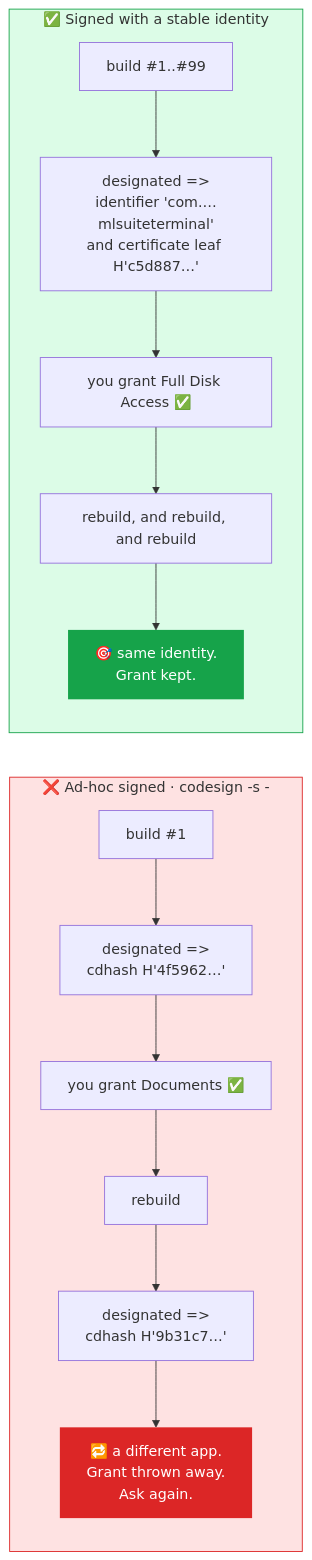
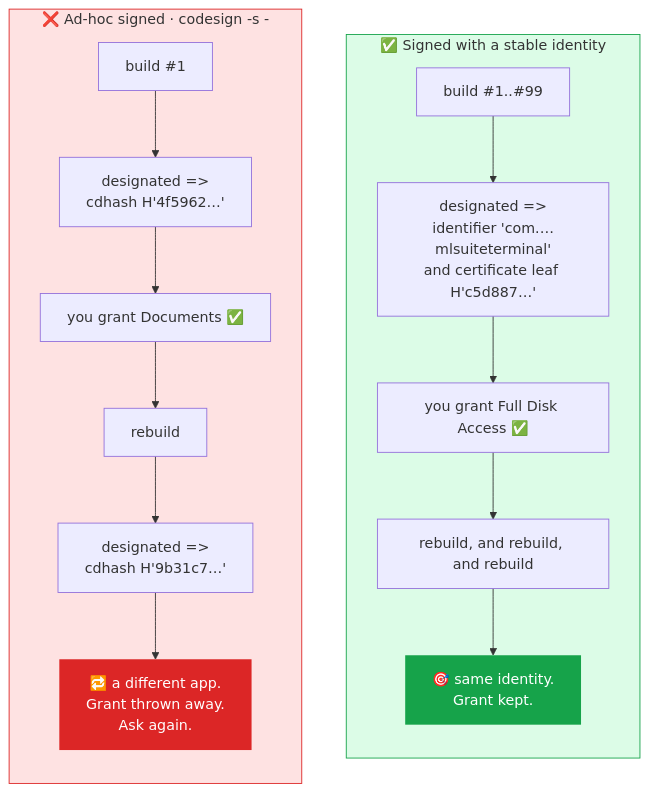
Before and after one commit to Sivertsen0007/Mattdaemon: the eighth of 10 diagrams in README.md, drawn with Mermaid.

Commit message:
docs: fix the signing diagram's layout, and verify all ten by rendering them
Rendering every mermaid block with mermaid itself - Chromium, securityLevel
strict, the same settings GitHub uses - rather than reading them and hoping.
All ten parse and produce real SVG.

One did not survive the look. The ad-hoc-vs-signed comparison has two subgraphs
and nothing joining them, so there was no order to lay out by and mermaid
stacked them with "after" on top: the comparison read backwards, before the
problem it is meant to explain. An invisible link puts them back in order.

````diff
--- a/README.md
+++ b/README.md
@@ -484,24 +484,29 @@
 ```mermaid
 flowchart LR
     subgraph before["❌ Ad-hoc signed  ·  codesign -s -"]
         direction TB
         A1["build #1"] --> A2["designated =><br/>cdhash H'4f5962…'"]
         A2 --> A3["you grant Documents ✅"]
         A3 --> A4["rebuild"]
         A4 --> A5["designated =><br/>cdhash H'9b31c7…'"]
         A5 --> A6["🔁 a different app.<br/>Grant thrown away.<br/>Ask again."]
     end
 
     subgraph after["✅ Signed with a stable identity"]
         direction TB
         B1["build #1..#99"] --> B2["designated =><br/>identifier 'com.…mlsuiteterminal'<br/>and certificate leaf H'c5d887…'"]
         B2 --> B3["you grant Full Disk Access ✅"]
         B3 --> B4["rebuild, and rebuild, and rebuild"]
         B4 --> B5["🎯 same identity.<br/>Grant kept."]
     end
 
+    %% Invisible link. With nothing joining them the two subgraphs have no order
+    %% to lay out by, and mermaid stacks them with "after" on top - which reads
+    %% the comparison backwards. This puts before on the left, after on the right.
+    A1 ~~~ B1
+
     style before fill:#fee2e2,stroke:#dc2626
     style after fill:#dcfce7,stroke:#16a34a
     style A6 fill:#dc2626,color:#fff,stroke:none
     style B5 fill:#16a34a,color:#fff,stroke:none
 ```
````
